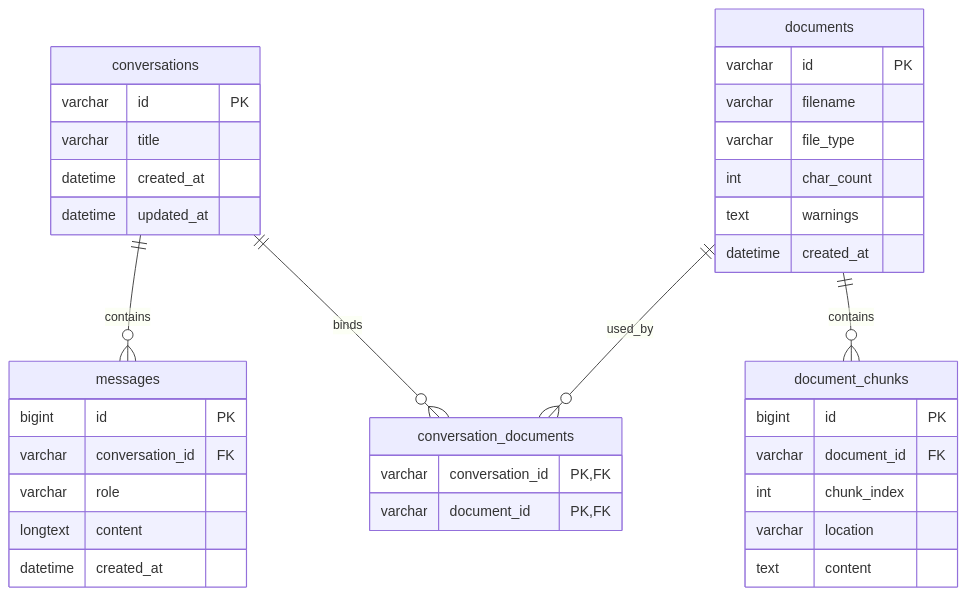
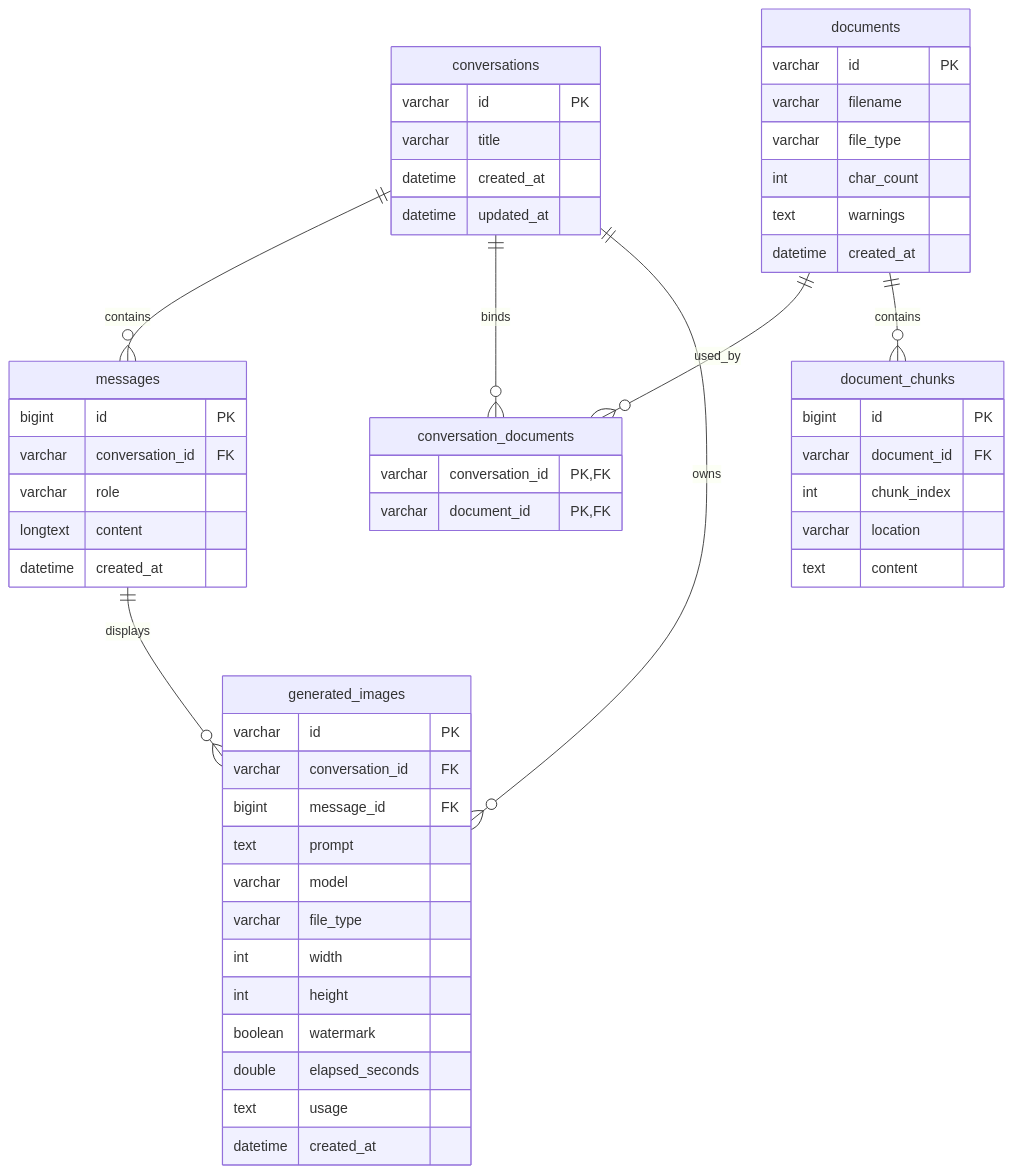
Before and after one commit to unknowprogram/ai-agent: the second of 4 diagrams in DEVELOPMENT.md, drawn with Mermaid. The commit also changed other lines of this file and 25 other files, not shown here.

Commit message:
新增图片生成功能

````diff
--- a/DEVELOPMENT.md
+++ b/DEVELOPMENT.md
@@ -376,39 +385,55 @@
 ```mermaid
 erDiagram
     conversations ||--o{ messages : contains
     conversations ||--o{ conversation_documents : binds
     documents ||--o{ conversation_documents : used_by
     documents ||--o{ document_chunks : contains
+    conversations ||--o{ generated_images : owns
+    messages ||--o{ generated_images : displays
     conversations {
         varchar id PK
         varchar title
         datetime created_at
         datetime updated_at
     }
     messages {
         bigint id PK
         varchar conversation_id FK
         varchar role
         longtext content
         datetime created_at
     }
     documents {
         varchar id PK
         varchar filename
         varchar file_type
         int char_count
         text warnings
         datetime created_at
     }
     document_chunks {
         bigint id PK
         varchar document_id FK
         int chunk_index
         varchar location
         text content
     }
     conversation_documents {
         varchar conversation_id PK,FK
         varchar document_id PK,FK
     }
+    generated_images {
+        varchar id PK
+        varchar conversation_id FK
+        bigint message_id FK
+        text prompt
+        varchar model
+        varchar file_type
+        int width
+        int height
+        boolean watermark
+        double elapsed_seconds
+        text usage
+        datetime created_at
+    }
 ```
````
